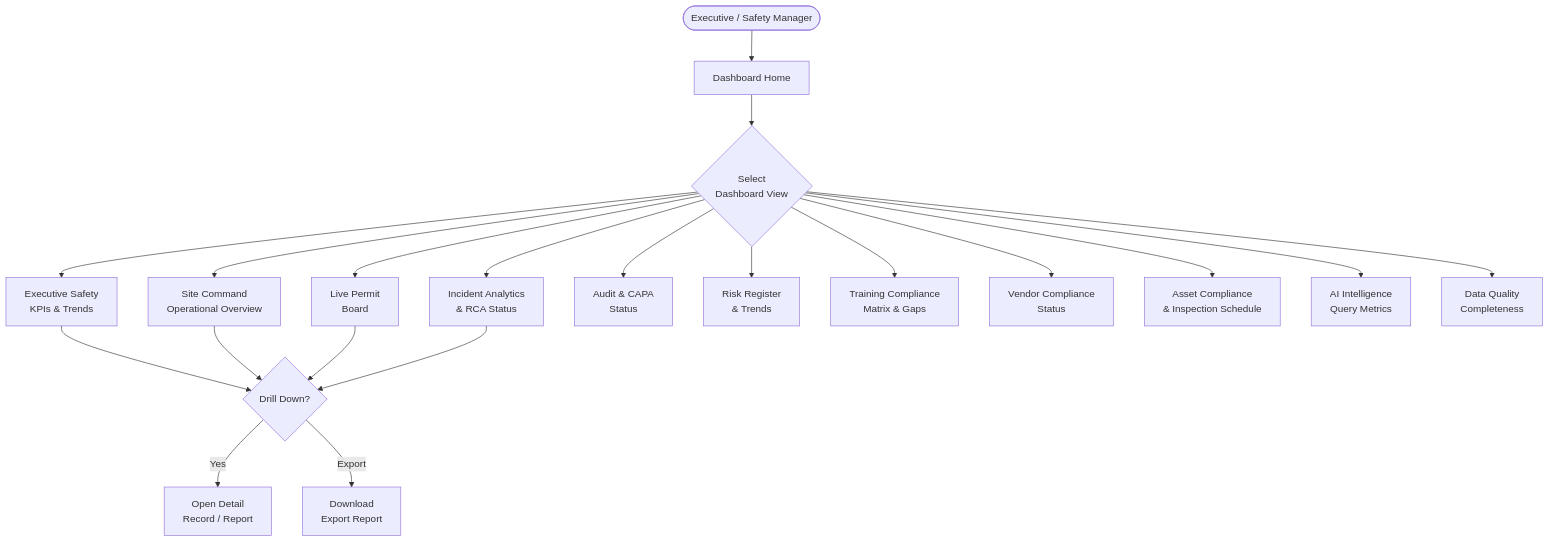
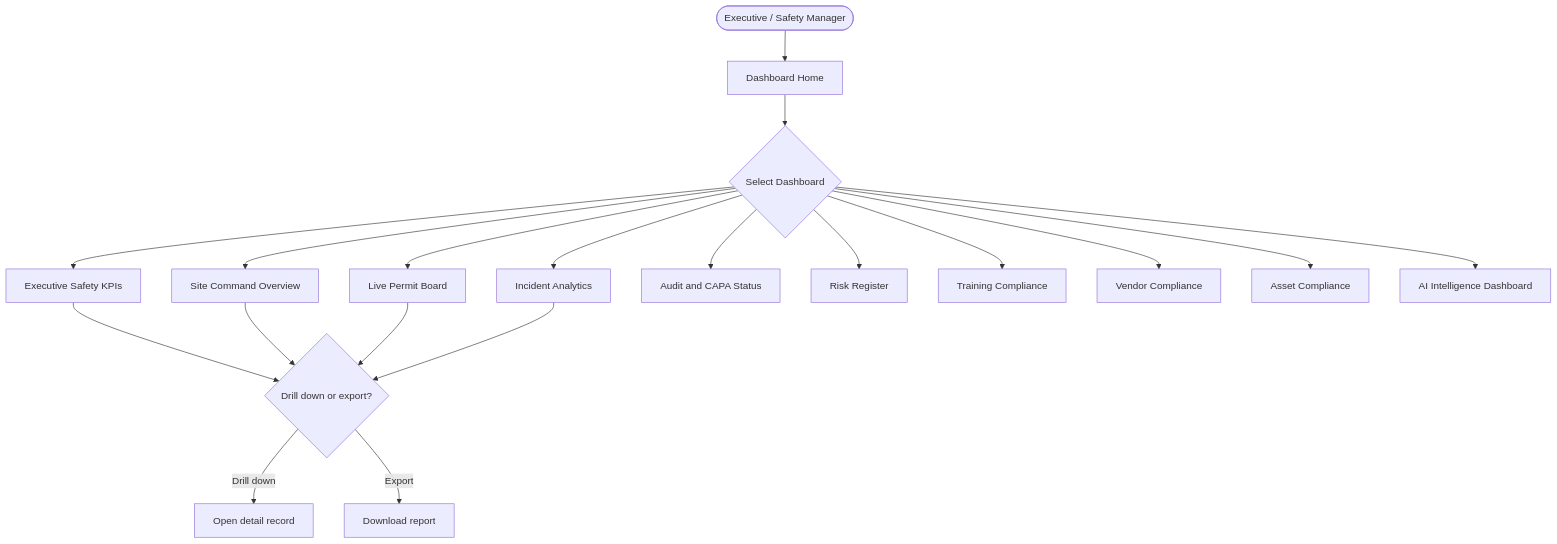
The tenth of 10 diagrams in docs/diagrams/user_flow_diagram.md (Nandan222001/health_smart_engage), drawn with Mermaid before and after one commit. The commit also changed other lines of this file and 15 other files, not shown here.

First line of the commit message:
fix: repair Mermaid rendering errors across all diagram files

````diff
--- a/docs/diagrams/user_flow_diagram.md
+++ b/docs/diagrams/user_flow_diagram.md
@@ -298,22 +230,20 @@
 ```mermaid
 flowchart TD
-    EXEC([Executive / Safety Manager]) --> DASH_HOME[Dashboard Home]
+    EXEC([Executive / Safety Manager]) --> DASH[Dashboard Home]
+    DASH --> CHOOSE{Select Dashboard}
 
-    DASH_HOME --> CHOOSE{Select\nDashboard View}
+    CHOOSE --> KPI[Executive Safety KPIs]
+    CHOOSE --> SITE[Site Command Overview]
+    CHOOSE --> PERMITS[Live Permit Board]
+    CHOOSE --> INCIDENTS[Incident Analytics]
+    CHOOSE --> AUDITS[Audit and CAPA Status]
+    CHOOSE --> RISK[Risk Register]
+    CHOOSE --> TRAINING[Training Compliance]
+    CHOOSE --> VENDORS[Vendor Compliance]
+    CHOOSE --> ASSETS[Asset Compliance]
+    CHOOSE --> AI_DASH[AI Intelligence Dashboard]
 
-    CHOOSE --> EXEC_KPI[Executive Safety\nKPIs & Trends]
-    CHOOSE --> SITE_CMD[Site Command\nOperational Overview]
-    CHOOSE --> PERMIT_BOARD[Live Permit\nBoard]
-    CHOOSE --> INCIDENT_ANALYTICS[Incident Analytics\n& RCA Status]
-    CHOOSE --> AUDIT_CAPA[Audit & CAPA\nStatus]
-    CHOOSE --> RISK_REG[Risk Register\n& Trends]
-    CHOOSE --> TRAIN_COMP[Training Compliance\nMatrix & Gaps]
-    CHOOSE --> VENDOR_COMP[Vendor Compliance\nStatus]
-    CHOOSE --> ASSET_COMP[Asset Compliance\n& Inspection Schedule]
-    CHOOSE --> AI_INTEL[AI Intelligence\nQuery Metrics]
-    CHOOSE --> DATA_QUAL[Data Quality\nCompleteness]
-
-    EXEC_KPI & SITE_CMD & PERMIT_BOARD & INCIDENT_ANALYTICS --> DRILL{Drill Down?}
-    DRILL -->|Yes| DETAIL[Open Detail\nRecord / Report]
-    DRILL -->|Export| REPORT[Download\nExport Report]
+    KPI & SITE & PERMITS & INCIDENTS --> DRILL{Drill down or export?}
+    DRILL -->|Drill down| DETAIL[Open detail record]
+    DRILL -->|Export| REPORT[Download report]
 ```
````
